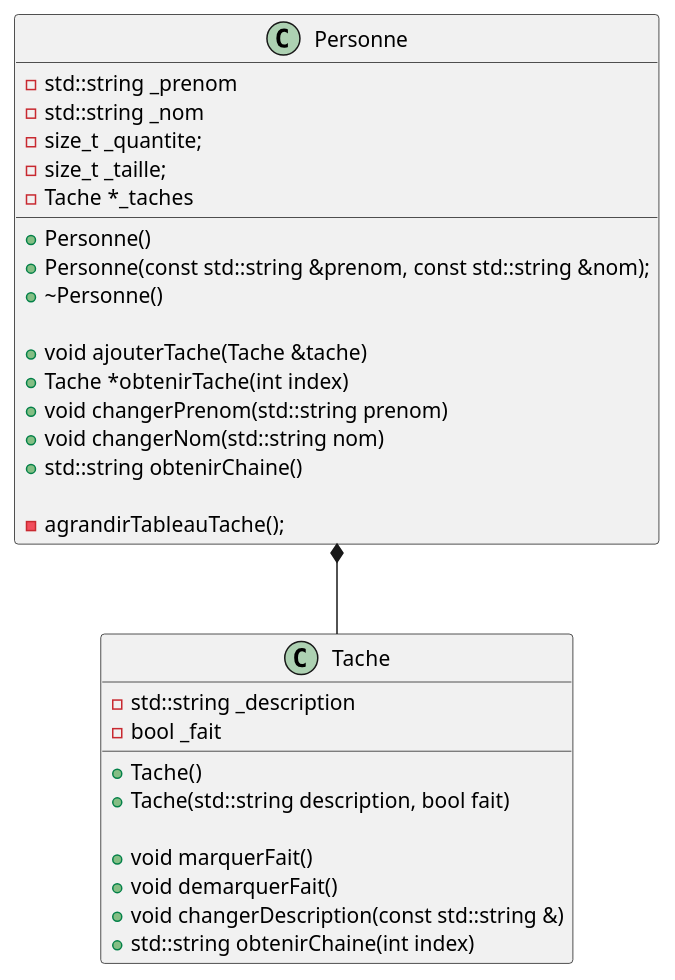
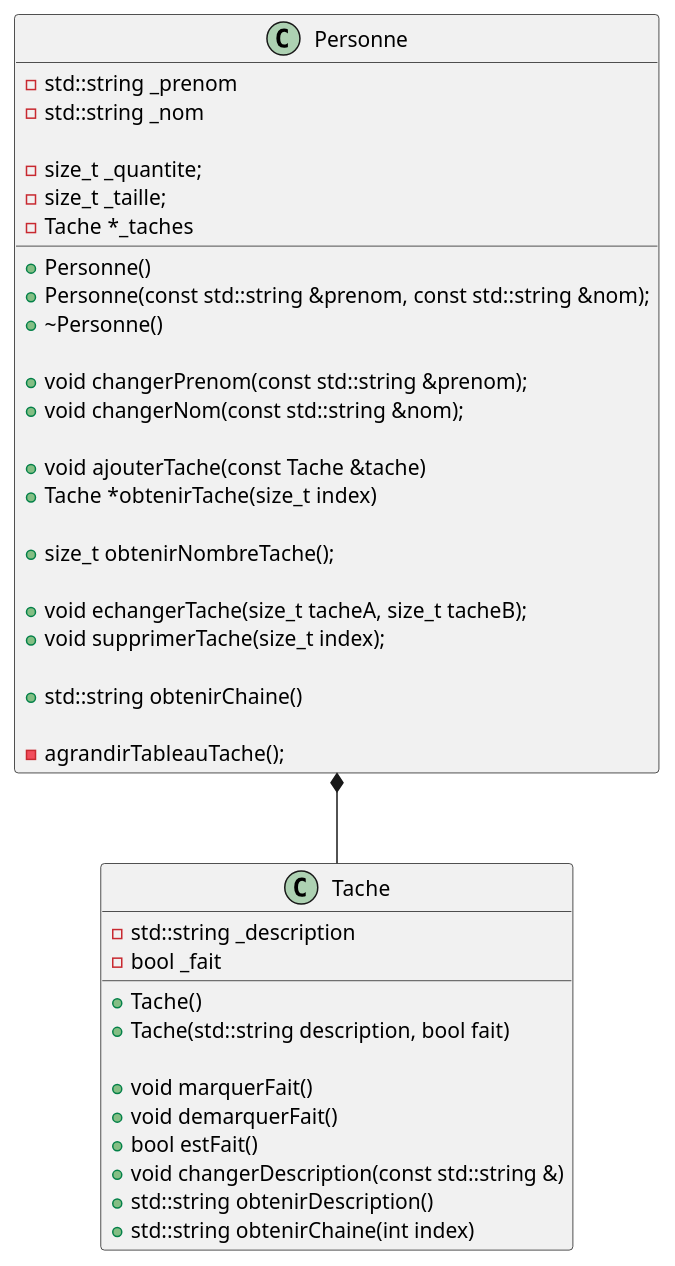
One commit to plbrault/420-SF2-RE changed the fifth of 6 diagrams in laboratoires/lab02-oop1/consignes/lab02.md. Above: the diagram before and after it, drawn with PlantUML. The commit also changed other lines of this file and 4 other files, not shown here.

````diff
--- a/laboratoires/lab02-oop1/consignes/lab02.md
+++ b/laboratoires/lab02-oop1/consignes/lab02.md
@@ -494,38 +501,48 @@
 ```plantuml
 @startuml
 Personne *-- Tache
 
 class Tache {
     - std::string _description
     - bool _fait
 
     + Tache()
     + Tache(std::string description, bool fait)
 
     + void marquerFait()
     + void demarquerFait()
+    + bool estFait()
     + void changerDescription(const std::string &)
+    + std::string obtenirDescription()
     + std::string obtenirChaine(int index)
 }
 
 class Personne {
     - std::string _prenom
     - std::string _nom
+
     - size_t _quantite;
     - size_t _taille;
     - Tache *_taches
 
     + Personne()
     + Personne(const std::string &prenom, const std::string &nom);
     + ~Personne()
 
-    + void ajouterTache(Tache &tache)
-    + Tache *obtenirTache(int index)
-    + void changerPrenom(std::string prenom)
-    + void changerNom(std::string nom)
+    + void changerPrenom(const std::string &prenom);
+    + void changerNom(const std::string &nom);
+
+    + void ajouterTache(const Tache &tache)
+    + Tache *obtenirTache(size_t index)
+    
+    + size_t obtenirNombreTache();
+
+    + void echangerTache(size_t tacheA, size_t tacheB);
+    + void supprimerTache(size_t index);
+
     + std::string obtenirChaine()
 
     - agrandirTableauTache();
 }
 @enduml
 ```
````
